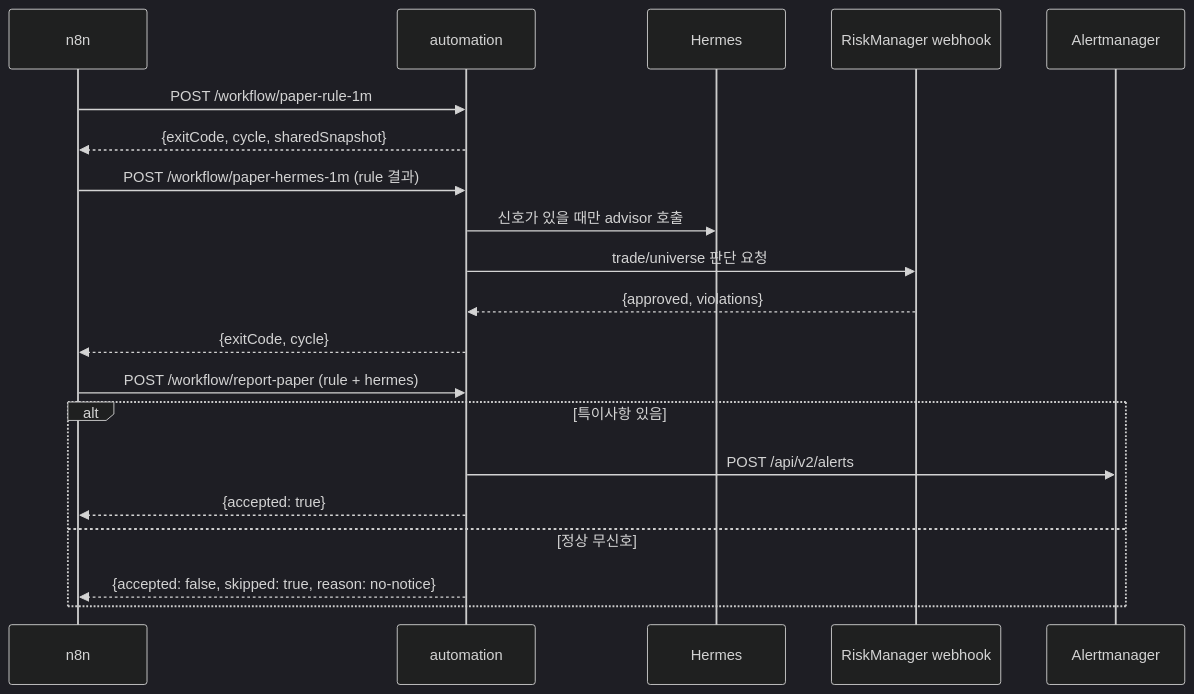
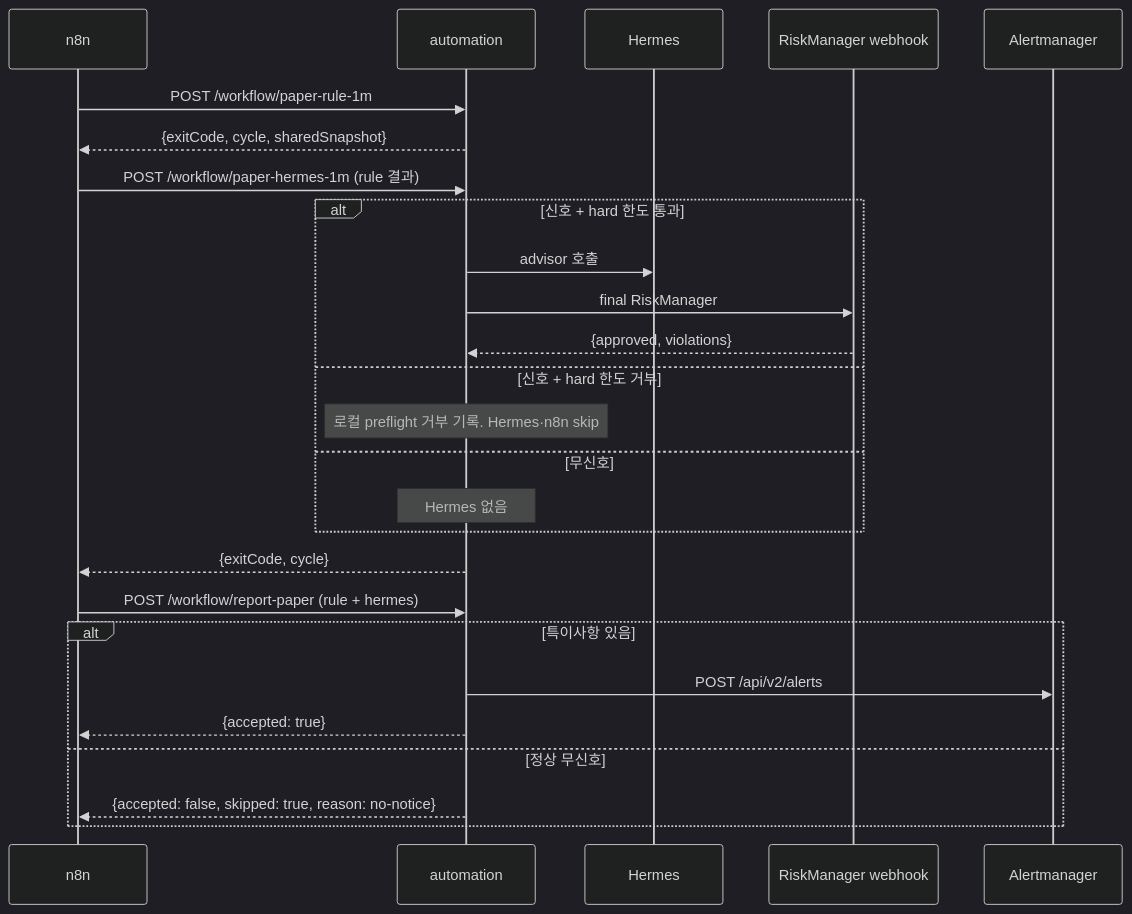
Before and after one commit to hunchulchoi/toss-trader: the sixth of 12 diagrams in docs/system-workflow.md, drawn with Mermaid (dark theme). The commit also changed other lines of this file and 5 other files, not shown here.

First line of the commit message:
docs: record Hermes hard preflight

````diff
--- a/docs/system-workflow.md
+++ b/docs/system-workflow.md
@@ -189,22 +189,28 @@
 ```mermaid
 sequenceDiagram
     participant N as n8n
     participant A as automation
     participant H as Hermes
     participant R as RiskManager webhook
     participant AM as Alertmanager
     N->>A: POST /workflow/paper-rule-1m
     A-->>N: {exitCode, cycle, sharedSnapshot}
     N->>A: POST /workflow/paper-hermes-1m (rule 결과)
-    A->>H: 신호가 있을 때만 advisor 호출
-    A->>R: trade/universe 판단 요청
-    R-->>A: {approved, violations}
+    alt 신호 + hard 한도 통과
+        A->>H: advisor 호출
+        A->>R: final RiskManager
+        R-->>A: {approved, violations}
+    else 신호 + hard 한도 거부
+        Note over A: 로컬 preflight 거부 기록. Hermes·n8n skip
+    else 무신호
+        Note over A: Hermes 없음
+    end
     A-->>N: {exitCode, cycle}
     N->>A: POST /workflow/report-paper (rule + hermes)
     alt 특이사항 있음
         A->>AM: POST /api/v2/alerts
         A-->>N: {accepted: true}
     else 정상 무신호
         A-->>N: {accepted: false, skipped: true, reason: no-notice}
     end
 ```
````
